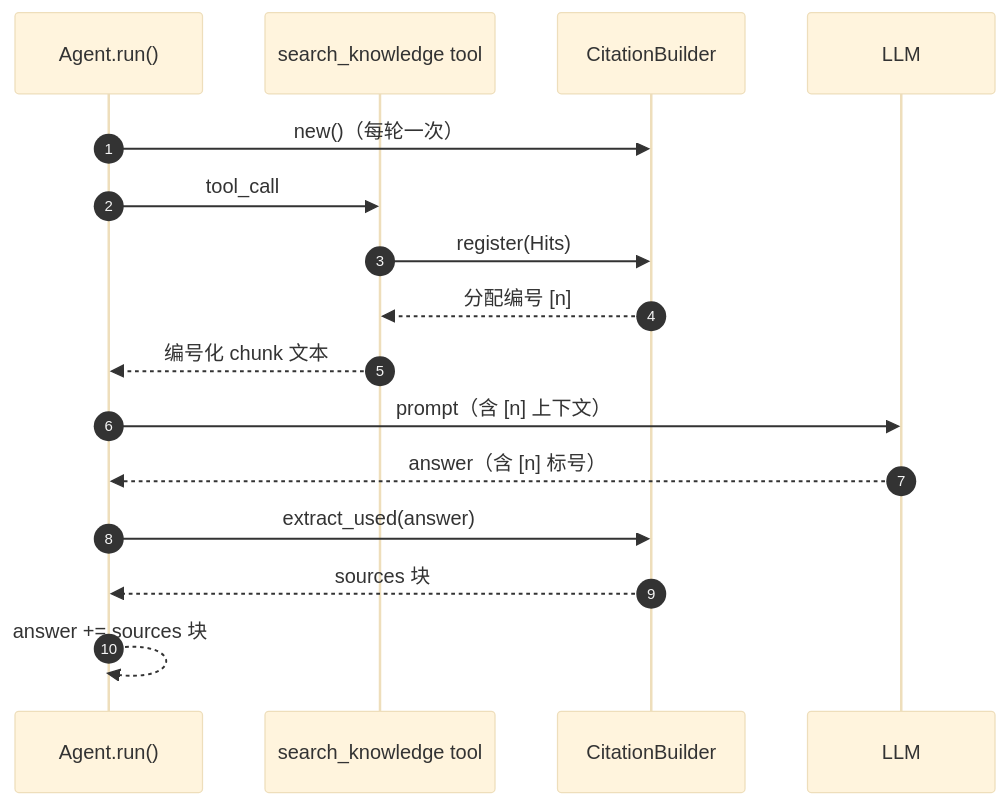
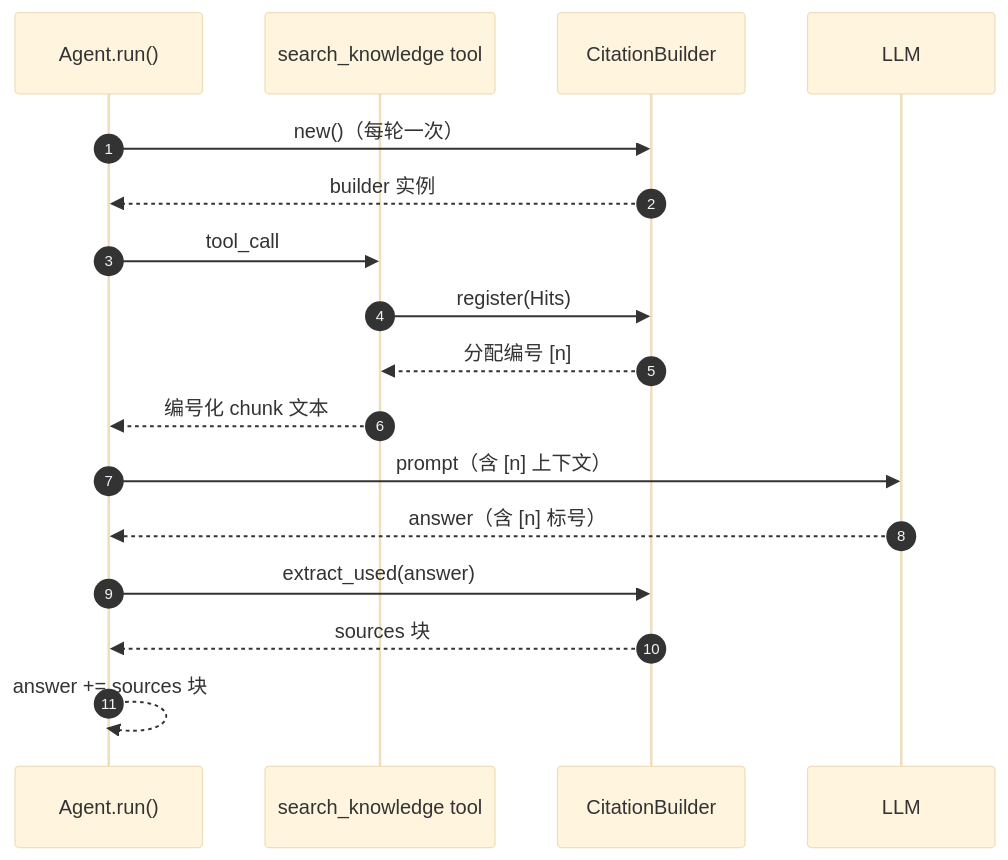
One commit to michaelwangzhenan/AgentA changed diagram 14 of 28 in docs/design.md. Above: the diagram before and after it, drawn with Mermaid (base theme). The commit also changed other lines of this file and 4 other files, not shown here.

````diff
--- a/docs/design.md
+++ b/docs/design.md
@@ -666,19 +600,20 @@
 ```mermaid
     sequenceDiagram
     autonumber
     participant A as Agent.run()
     participant T as search_knowledge tool
     participant CB as CitationBuilder
     participant L as LLM
 
     A->>CB: new()（每轮一次）
+    CB-->>A: builder 实例
     A->>T: tool_call
     T->>CB: register(Hits)
     CB-->>T: 分配编号 [n]
     T-->>A: 编号化 chunk 文本
     A->>L: prompt（含 [n] 上下文）
     L-->>A: answer（含 [n] 标号）
     A->>CB: extract_used(answer)
     CB-->>A: sources 块
     A-->>A: answer += sources 块
 ```
````
